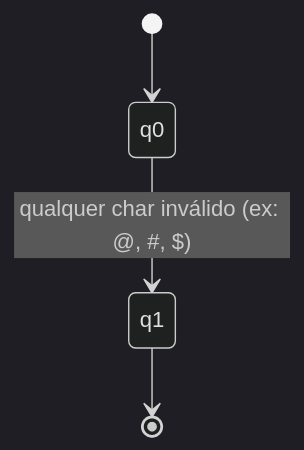
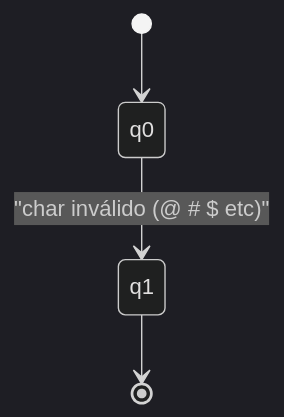
Before and after one commit to Raul-Mozart/Linguagem_SimplePoo: the diagram in lexer/AFDS/afd_error_lex.md, drawn with Mermaid (dark theme). The commit also changed 1 other file, not shown here.

Commit message:
mermaids fixed 2

````diff
--- a/lexer/AFDS/afd_error_lex.md
+++ b/lexer/AFDS/afd_error_lex.md
@@ -1,6 +1,6 @@
 ```mermaid
 stateDiagram-v2
     [*] --> q0
-    q0 --> q1 : qualquer char inválido (ex: @, #, $)
+    q0 --> q1 : "char inválido (@ # $ etc)"
     q1 --> [*]
 ```
````
